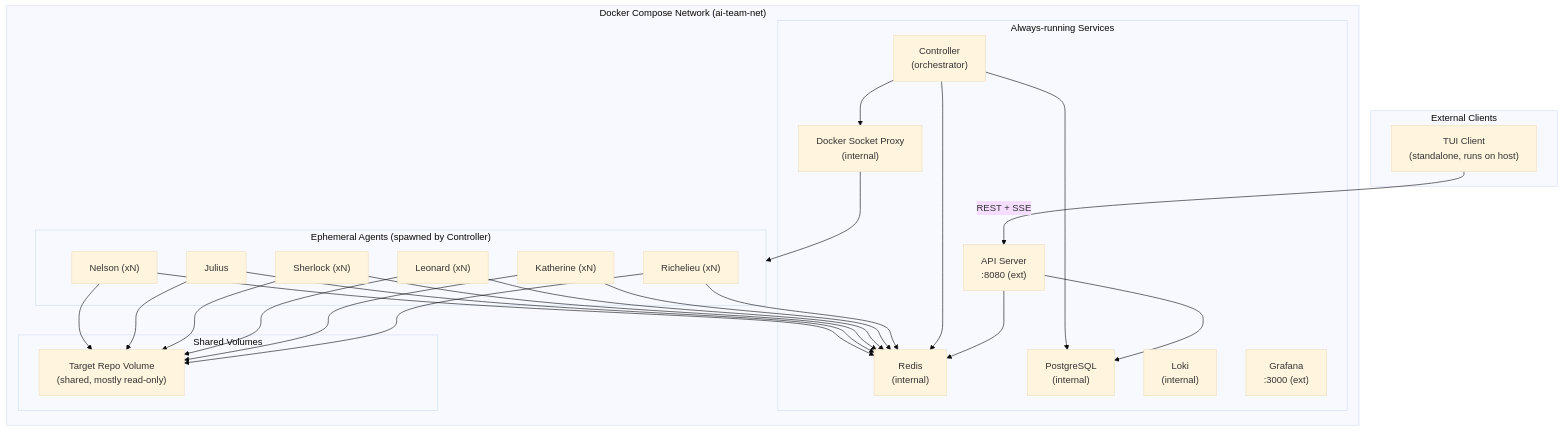
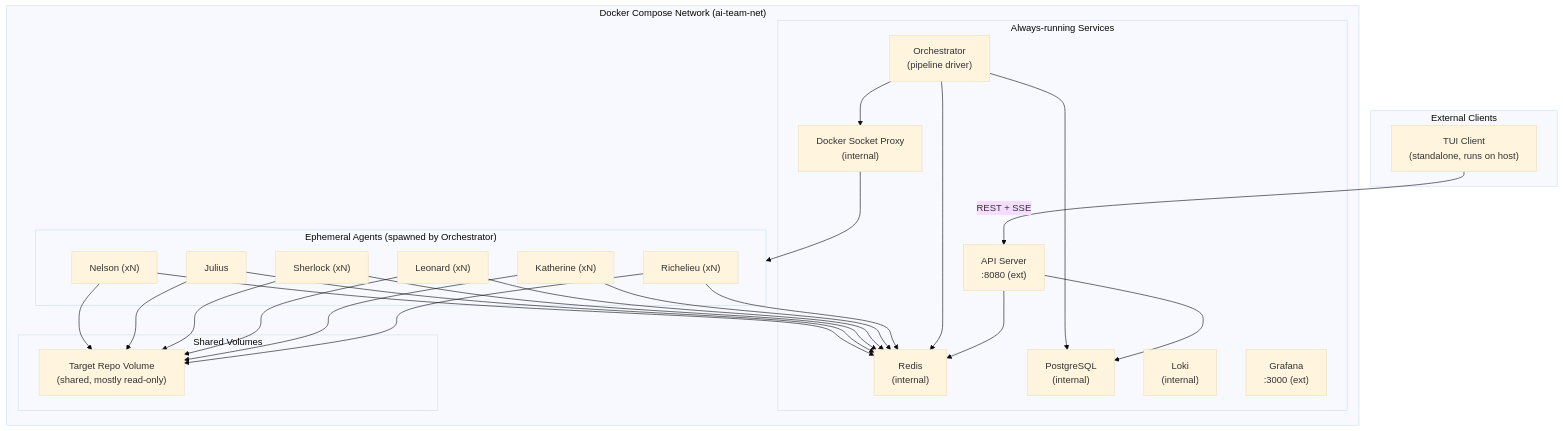
One commit to 0xc14m1z/opex changed the first of 2 diagrams in docs/specs/00-overview.md. Above: the diagram before and after it, drawn with Mermaid (base theme). The commit also changed other lines of this file and 11 other files, not shown here.

First line of the commit message:
docs: swap specs 01/02, rename controller to orchestrator, update project structure

````diff
--- a/docs/specs/00-overview.md
+++ b/docs/specs/00-overview.md
@@ -35,41 +35,41 @@
 ```mermaid
 graph TB
     subgraph external ["External Clients"]
         TUI["TUI Client<br/>(standalone, runs on host)"]
     end
 
     subgraph net ["Docker Compose Network (ai-team-net)"]
         subgraph always ["Always-running Services"]
             Redis["Redis<br/>(internal)"]
             PostgreSQL["PostgreSQL<br/>(internal)"]
-            Controller["Controller<br/>(orchestrator)"]
+            Orchestrator["Orchestrator<br/>(pipeline driver)"]
             API["API Server<br/>:8080 (ext)"]
             Loki["Loki<br/>(internal)"]
             Grafana["Grafana<br/>:3000 (ext)"]
             Proxy["Docker Socket Proxy<br/>(internal)"]
         end
 
-        subgraph ephemeral ["Ephemeral Agents (spawned by Controller)"]
+        subgraph ephemeral ["Ephemeral Agents (spawned by Orchestrator)"]
             Nelson["Nelson (xN)"]
             Julius["Julius"]
             Sherlock["Sherlock (xN)"]
             Leonard["Leonard (xN)"]
             Katherine["Katherine (xN)"]
             Richelieu["Richelieu (xN)"]
         end
 
         subgraph volume ["Shared Volumes"]
             Repo["Target Repo Volume<br/>(shared, mostly read-only)"]
         end
     end
 
     TUI -- "REST + SSE" --> API
-    Controller --> Proxy
+    Orchestrator --> Proxy
     Proxy --> ephemeral
     Nelson & Julius & Sherlock & Leonard & Katherine & Richelieu --> Redis
     Nelson & Julius & Sherlock & Leonard & Katherine & Richelieu --> Repo
-    Controller --> Redis
-    Controller --> PostgreSQL
+    Orchestrator --> Redis
+    Orchestrator --> PostgreSQL
     API --> Redis
     API --> PostgreSQL
 ```
````
